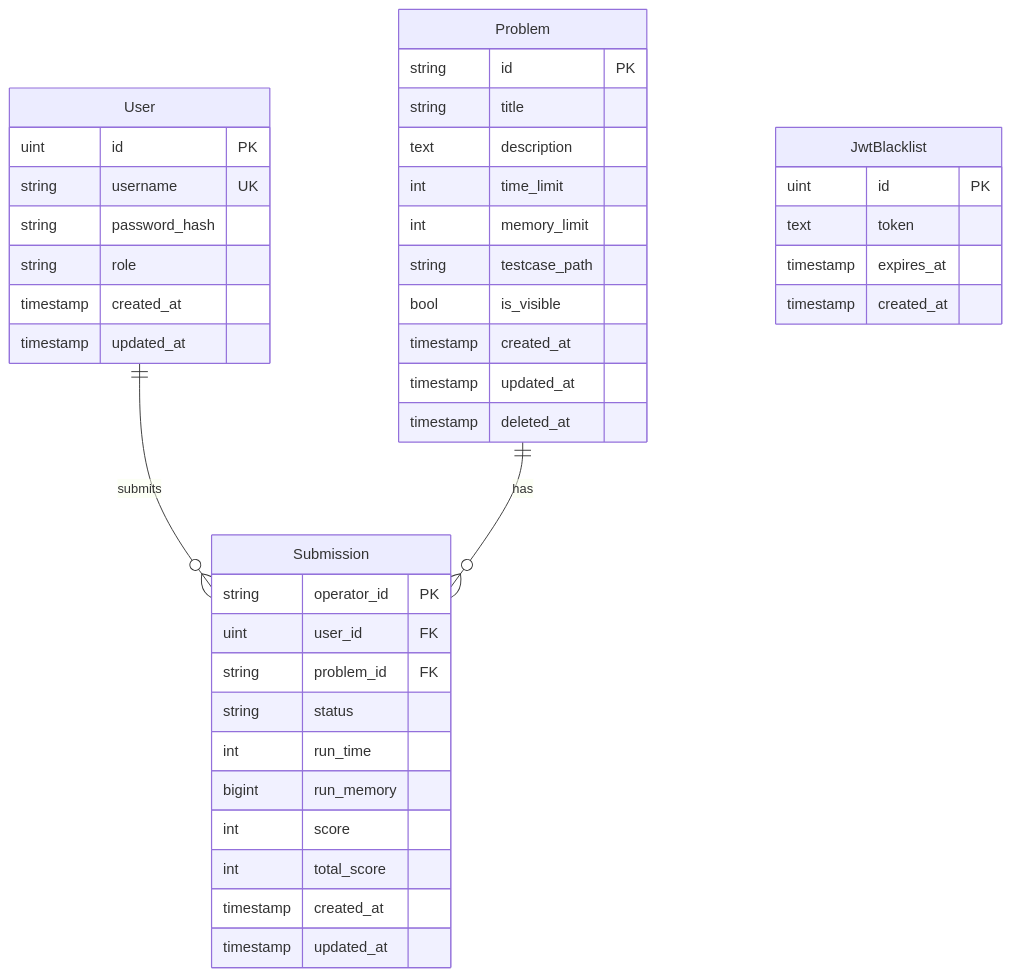
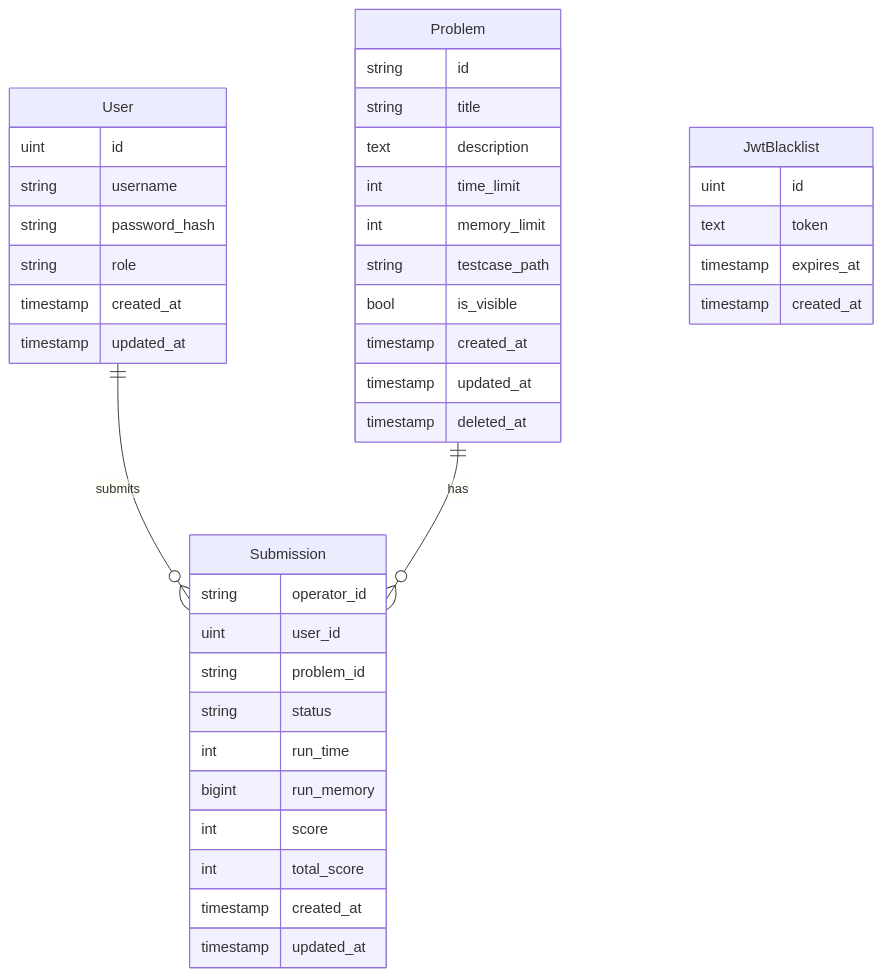
One commit to CS3060701-Projects/REGS-Online-Judge-System changed the diagram in ERD實體關聯圖.md. Above: the diagram before and after it, drawn with Mermaid. The commit also changed 1 other file, not shown here.

Commit message:
updated ERD

````diff
--- a/ERD實體關聯圖.md
+++ b/ERD實體關聯圖.md
@@ -5,43 +5,43 @@
 ```mermaid
 erDiagram
     User ||--o{ Submission : submits
     Problem ||--o{ Submission : has
     User {
-        uint id PK
-        string username UK
+        uint id 
+        string username 
         string password_hash
         string role
         timestamp created_at
         timestamp updated_at
     }
     Problem {
-        string id PK
+        string id 
         string title
         text description
         int time_limit
         int memory_limit
         string testcase_path
         bool is_visible
         timestamp created_at
         timestamp updated_at
         timestamp deleted_at
     }
     Submission {
-        string operator_id PK
-        uint user_id FK
-        string problem_id FK
+        string operator_id 
+        uint user_id 
+        string problem_id 
         string status
         int run_time
         bigint run_memory
         int score
         int total_score
         timestamp created_at
         timestamp updated_at
     }
     JwtBlacklist {
-        uint id PK
+        uint id 
         text token
         timestamp expires_at
         timestamp created_at
     }
 ```
````
